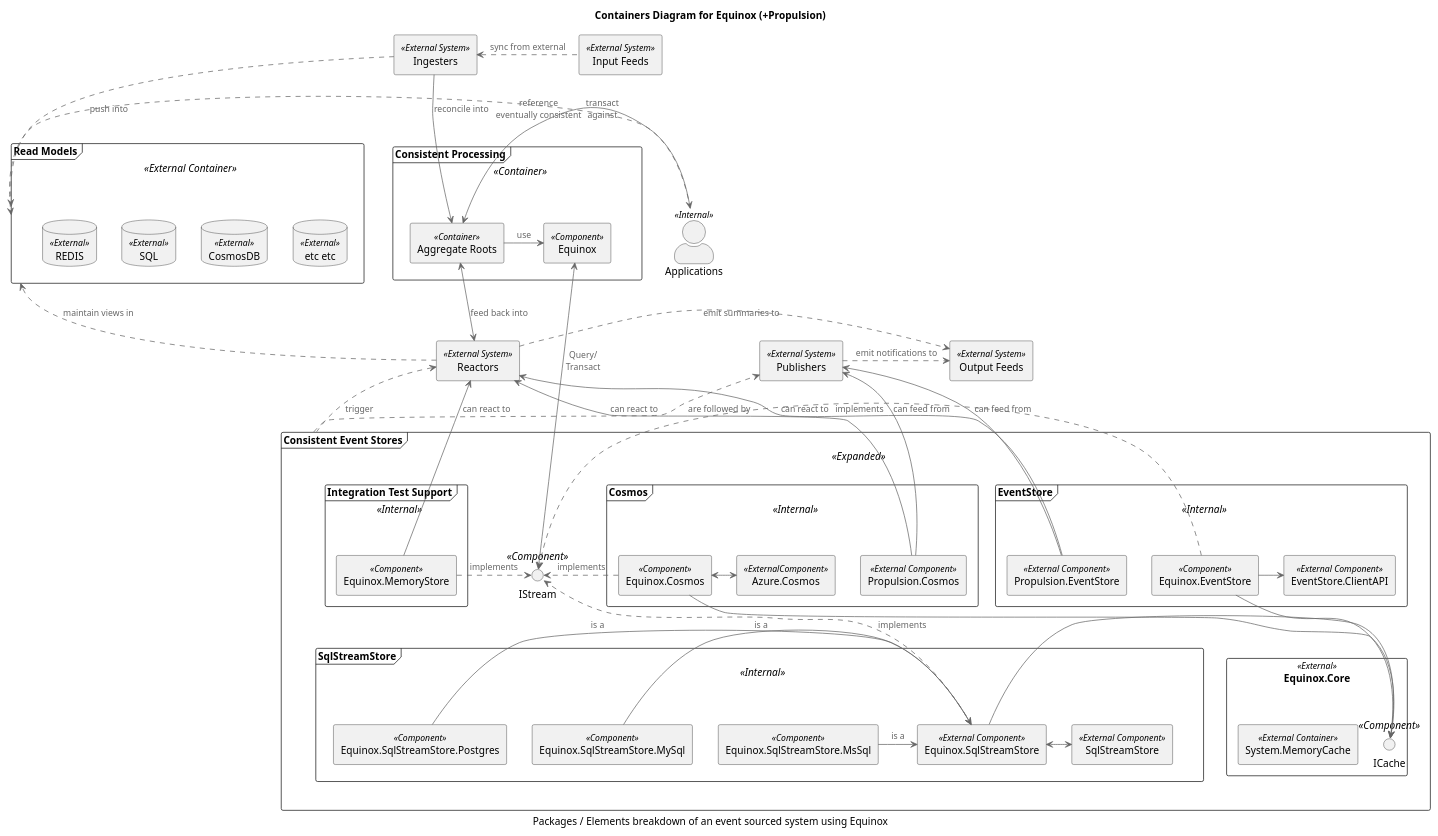
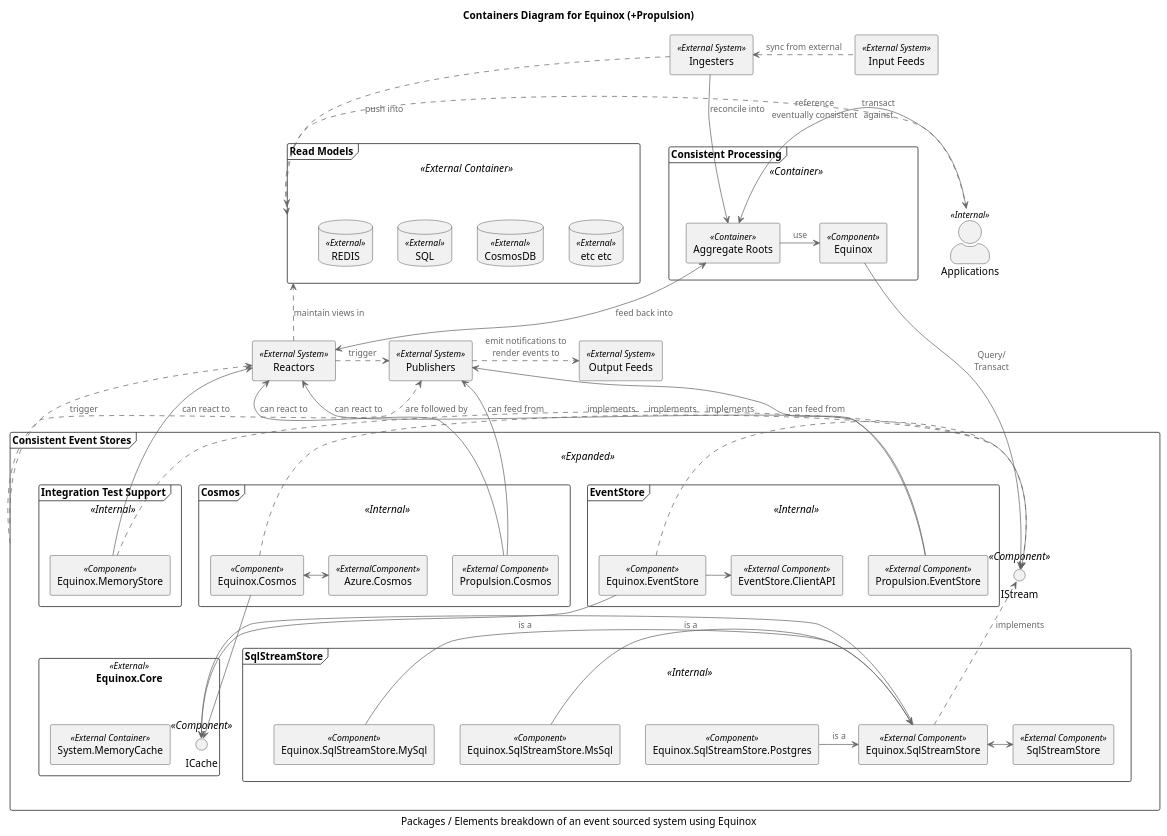
Before and after one commit to jet/equinox: the diagram in diagrams/container.puml, drawn with PlantUML. The commit also changed 7 other files, not shown here.

```diff
--- a/diagrams/container.puml
+++ b/diagrams/container.puml
@@ -1,105 +1,104 @@
 @startuml
 !includeurl https://raw.githubusercontent.com/skleanthous/C4-PlantumlSkin/master/build/output/c4.puml
 
 title Containers Diagram for Equinox (+Propulsion)
 caption Packages / Elements breakdown of an event sourced system using Equinox
 
 rectangle "Ingesters" as ingesters <<External System>> 
 rectangle "Input Feeds" as inputs <<External System>> 
 actor "Applications" as apps <<Internal>>
 
 together {
     frame "Consistent Processing" <<Container>> as services {
         rectangle "Equinox" <<Component>> as equinox
         rectangle "Aggregate Roots" as aggs <<Container>>
     }
     frame "Read Models" <<External Container>> as caches {
         database "REDIS"    as red <<External>>
         database "SQL"      as sql <<External>>
         database "CosmosDB" as cdb <<External>>
         database "etc etc"  as etc <<External>>
     }
 }
 
 frame "Consistent Event Stores" as stores <<Expanded>> {
     frame "Cosmos" as cosmos <<Internal>> {
         rectangle "Equinox.Cosmos" <<Component>> as cs
-        rectangle "Propulsion.Cosmos" <<External Component>> as cfp
+        rectangle "Propulsion.Cosmos" <<External Component>> as cr
         rectangle "Azure.Cosmos" <<ExternalComponent>> as cc
     }
     frame "EventStore" <<Internal>> {
         rectangle "Equinox.EventStore" <<Component>> as es
-        rectangle "Propulsion.EventStore" <<External Component>> as all
+        rectangle "Propulsion.EventStore" <<External Component>> as er
         rectangle "EventStore.ClientAPI" <<External Component>> as esc
     }
     frame "Integration Test Support" <<Internal>> {
         rectangle "Equinox.MemoryStore" <<Component>> as ms 
     }
     interface IStream <<Component>>
     rectangle "Equinox.Core" as core <<External>> {
         rectangle "System.MemoryCache" <<External Container>>
         interface ICache <<Component>>
     }
     frame "SqlStreamStore" as ssss <<Internal>> {
         rectangle "Equinox.SqlStreamStore.MsSql" <<Component>> as ssm
         rectangle "Equinox.SqlStreamStore.MySql" <<Component>> as ssy
         rectangle "Equinox.SqlStreamStore.Postgres" <<Component>> as ssp
         rectangle "Equinox.SqlStreamStore" <<External Component>> as sss
         rectangle "SqlStreamStore" <<External Component>>
     }
 }
 
 rectangle "Reactors" as reactors <<External System>> 
 rectangle "Publishers" as publishers <<External System>> 
 rectangle "Output Feeds" as outputs <<External System>> 
 
 apps         .> caches     : reference\neventually consistent
 apps        <-> aggs       : transact\nagainst
 
 aggs         -> equinox    : use
-equinox     <-> IStream    : Query/\nTransact
+equinox      -> IStream    : Query/\nTransact
+
+stores     .>   publishers : are followed by
+stores     .U.> reactors   : trigger
 
 ingesters  <.   inputs     : sync from external
 ingesters    -> aggs       : reconcile into
 ingesters    .> caches     : push into
 
-stores     .>   publishers : are followed by
-stores     .U.> reactors   : trigger
-
-publishers   .> outputs    : emit notifications to
-publishers <--  cfp        : can feed from
-publishers <--  all        : can feed from
-
 reactors  <-U-> aggs       : feed back into
-reactors     .> outputs    : emit summaries to
 reactors     .> caches     : maintain views in
 reactors   <-   ms         : can react to
-reactors   <-   cfp        : can react to
-reactors   <-   all        : can react to
+reactors   <-   cr         : can react to
+reactors   <-   er         : can react to
+reactors     .> publishers : trigger
+
+publishers   .> outputs    : emit notifications to\nrender events to
+publishers <--  cr         : can feed from
+publishers <--  er         : can feed from
 
 ms           .> IStream    : implements
 es           -> ICache
 es           .> IStream    : implements
 es           -> esc
 cs          --> ICache
 cs           .> IStream    : implements
 cs          <-> cc
 sss          -> ICache
 sss          .> IStream    : implements
 
 ssm          -> sss        : is a
 ssy          -> sss        : is a
 ssp          -> sss        : is a
 sss         <-> SqlStreamStore
 
 services   -[hidden]D-> reactors
 ingesters  -[hidden]D-> services
 
-publishers -[hidden]D-> es
 IStream    -[hidden]D-> ssss
 
 red        -[hidden]R-> sql
 sql        -[hidden]R-> cdb
 cdb        -[hidden]R-> etc
 
 @enduml
```
